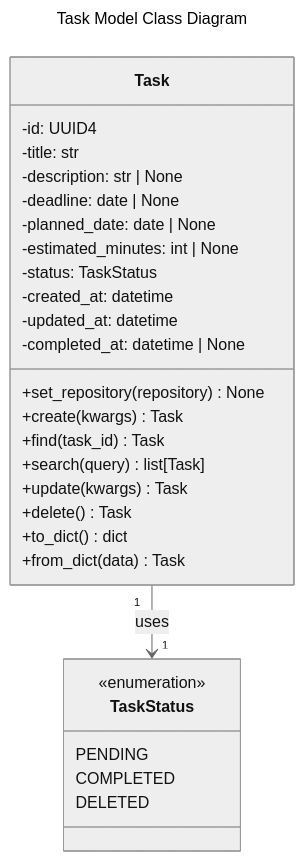
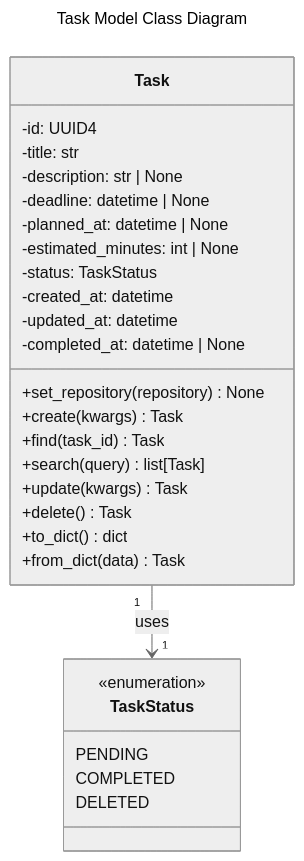
The first of 2 diagrams in docs/models.md (Eisler18/assistant_agent), drawn with Mermaid (neutral theme) before and after one commit. The commit also changed other lines of this file and 2 other files, not shown here.

Commit message:
Fix: deadline and planned_at must be datetime fields

````diff
--- a/docs/models.md
+++ b/docs/models.md
@@ -30,36 +30,36 @@
 ```mermaid
 ---
 title: Task Model Class Diagram
 ---
 classDiagram
     class TaskStatus {
         <<enumeration>>
         PENDING
         COMPLETED
         DELETED
     }
     
     class Task {
         -id: UUID4
         -title: str
         -description: str | None
-        -deadline: date | None
-        -planned_date: date | None
+        -deadline: datetime | None
+        -planned_at: datetime | None
         -estimated_minutes: int | None
         -status: TaskStatus
         -created_at: datetime
         -updated_at: datetime
         -completed_at: datetime | None
         
         +set_repository(repository) None
         +create(kwargs) Task
         +find(task_id) Task
         +search(query) list[Task]
         +update(kwargs) Task
         +delete() Task
         +to_dict() dict
         +from_dict(data) Task
     }
     
     Task "1" --> "1" TaskStatus : uses
 ```
````
